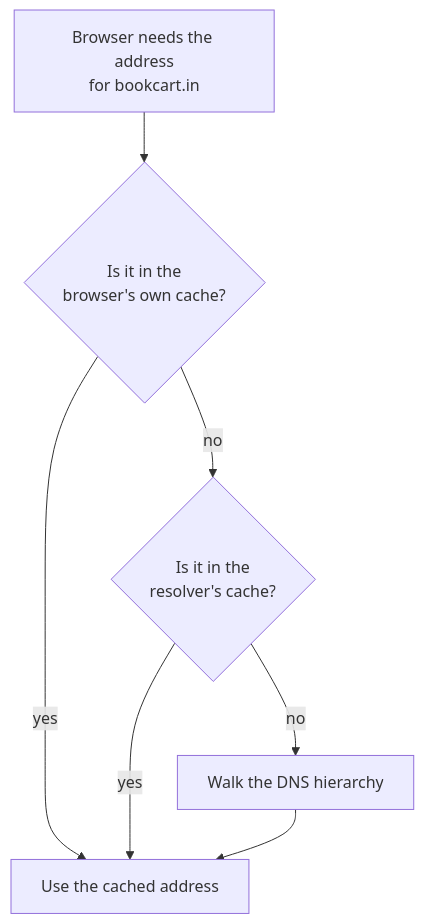
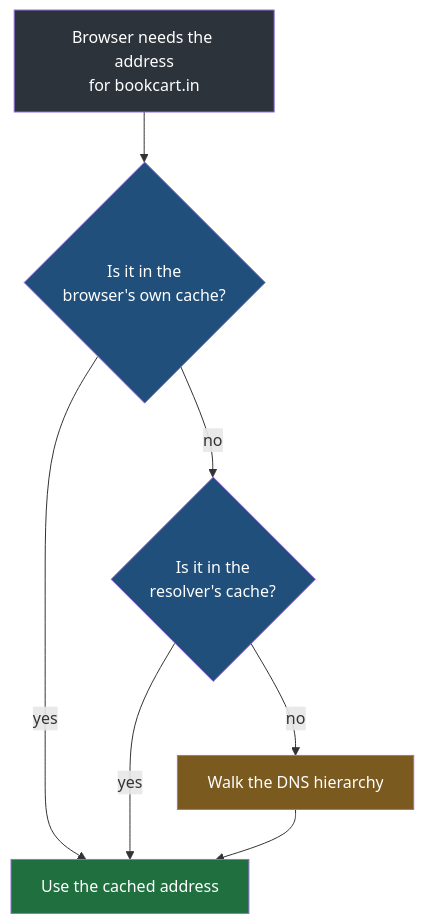
One commit to Dummy-Bug/system-design-handbook changed the second of 6 diagrams in Devops/04-Networking/04-DNS-Resolution.md. Above: the diagram before and after it, drawn with Mermaid. The commit also changed other lines of this file and 53 other files, not shown here.

````diff
--- a/Devops/04-Networking/04-DNS-Resolution.md
+++ b/Devops/04-Networking/04-DNS-Resolution.md
@@ -23,9 +26,14 @@
 ```mermaid
 flowchart TD
     START["Browser needs the address<br/>for bookcart.in"] --> BC{"Is it in the<br/>browser's own cache?"}
     BC -->|"yes"| DONE["Use the cached address"]
     BC -->|"no"| RC{"Is it in the<br/>resolver's cache?"}
     RC -->|"yes"| DONE
     RC -->|"no"| H["Walk the DNS hierarchy"]
     H --> DONE
+    style START fill:#2d333b,color:#fff
+    style BC fill:#1f4f7a,color:#fff
+    style RC fill:#1f4f7a,color:#fff
+    style H fill:#7a5a1f,color:#fff
+    style DONE fill:#1f6f3f,color:#fff
 ```
````
